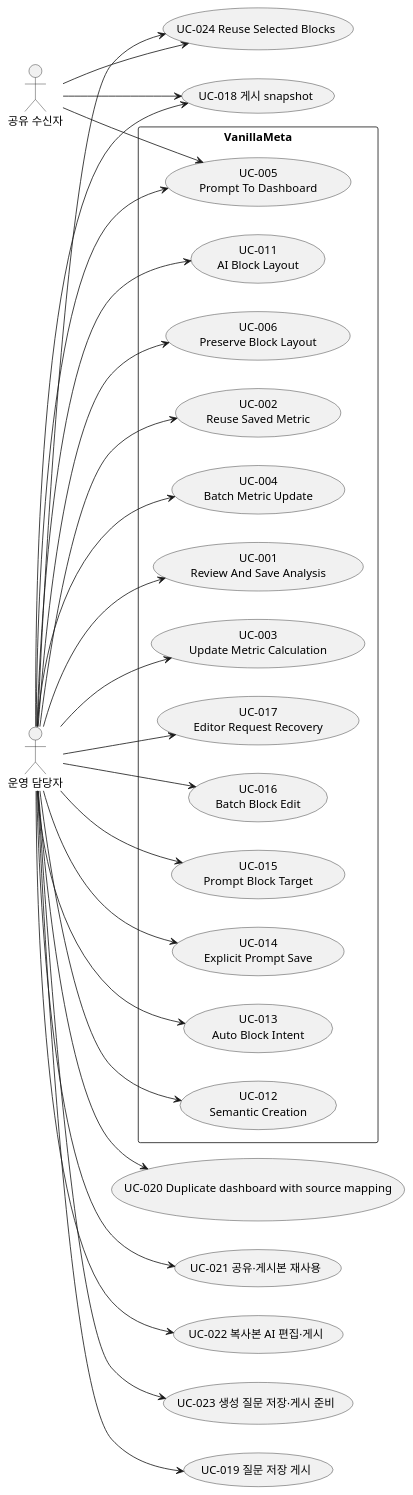
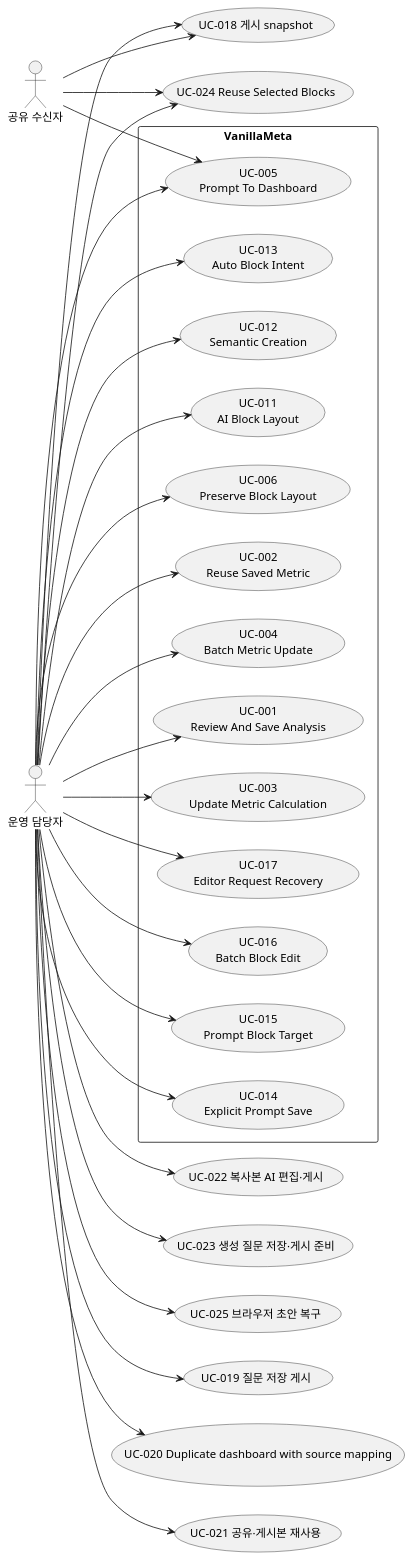
Before and after one commit to vanillabrain/vanillameta: the diagram in docs/use_cases.puml, drawn with PlantUML. The commit also changed 22 other files, not shown here.

```diff
--- a/docs/use_cases.puml
+++ b/docs/use_cases.puml
@@ -1,50 +1,52 @@
 @startuml
 left to right direction
 actor "운영 담당자" as operator
 rectangle "VanillaMeta" {
  usecase "UC-017\nEditor Request Recovery" as UC017
  usecase "UC-016\nBatch Block Edit" as UC016
  usecase "UC-015\nPrompt Block Target" as UC015
  usecase "UC-014\nExplicit Prompt Save" as UC014
  usecase "UC-013\nAuto Block Intent" as UC013
  usecase "UC-012\nSemantic Creation" as UC012
  usecase "UC-011\nAI Block Layout" as UC011
  usecase "UC-006\nPreserve Block Layout" as UC006
  usecase "UC-005\nPrompt To Dashboard" as UC005
  usecase "UC-004\nBatch Metric Update" as UC004
  usecase "UC-001\nReview And Save Analysis" as UC001
  usecase "UC-003\nUpdate Metric Calculation" as UC003
  usecase "UC-002\nReuse Saved Metric" as UC002
 }
 operator --> UC015
 operator --> UC014
 operator --> UC013
 operator --> UC012
 operator --> UC011
 operator --> UC006
 operator --> UC005
 actor "공유 수신자" as recipient
 recipient --> UC005
 operator --> UC004
 operator --> UC003
 operator --> UC002
 operator --> UC001
 operator --> UC016
 operator --> UC017
 usecase "UC-018 게시 snapshot" as UC018
 operator --> UC018
 recipient --> UC018
 usecase "UC-019 질문 저장 게시" as UC019
 operator --> UC019
 usecase "UC-020 Duplicate dashboard with source mapping" as UC020
 operator --> UC020
 usecase "UC-021 공유·게시본 재사용" as UC021
 operator --> UC021
 usecase "UC-022 복사본 AI 편집·게시" as UC022
 operator --> UC022
 usecase "UC-023 생성 질문 저장·게시 준비" as UC023
 operator --> UC023
 usecase "UC-024 Reuse Selected Blocks" as UC024
 operator --> UC024
 recipient --> UC024
+usecase "UC-025 브라우저 초안 복구" as UC025
+operator --> UC025
 @enduml
```
